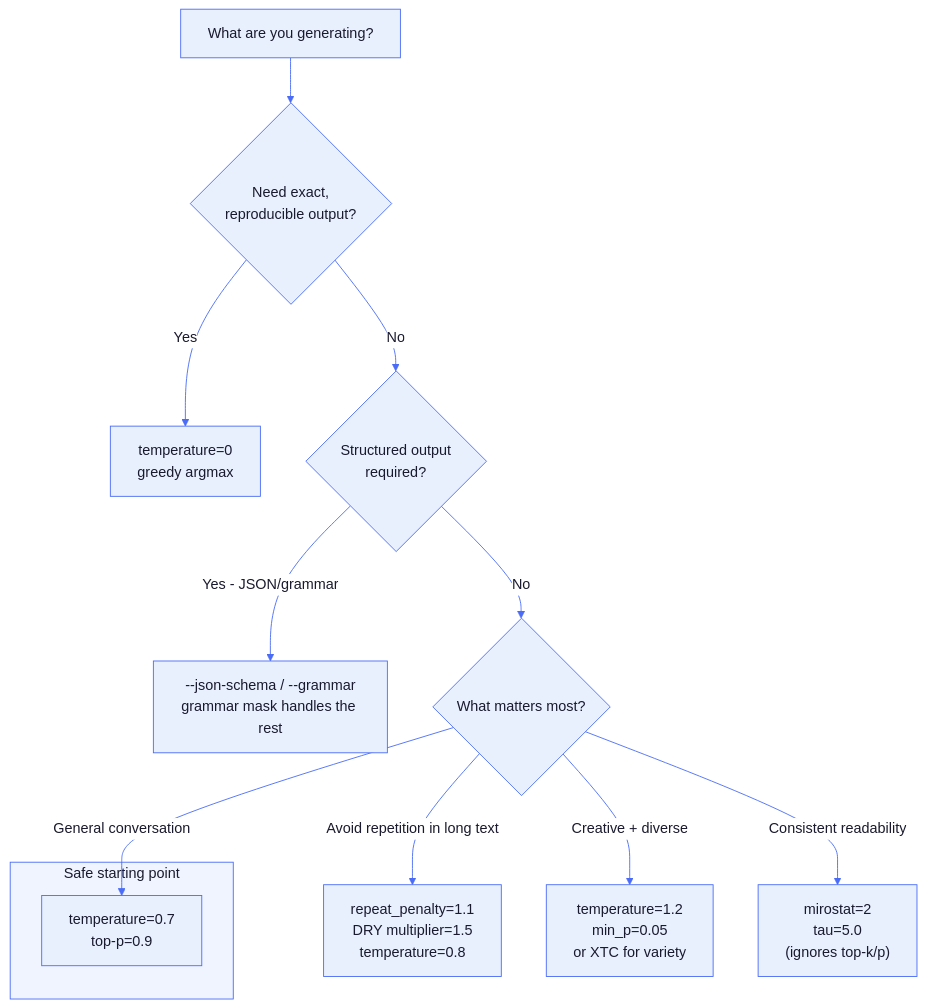
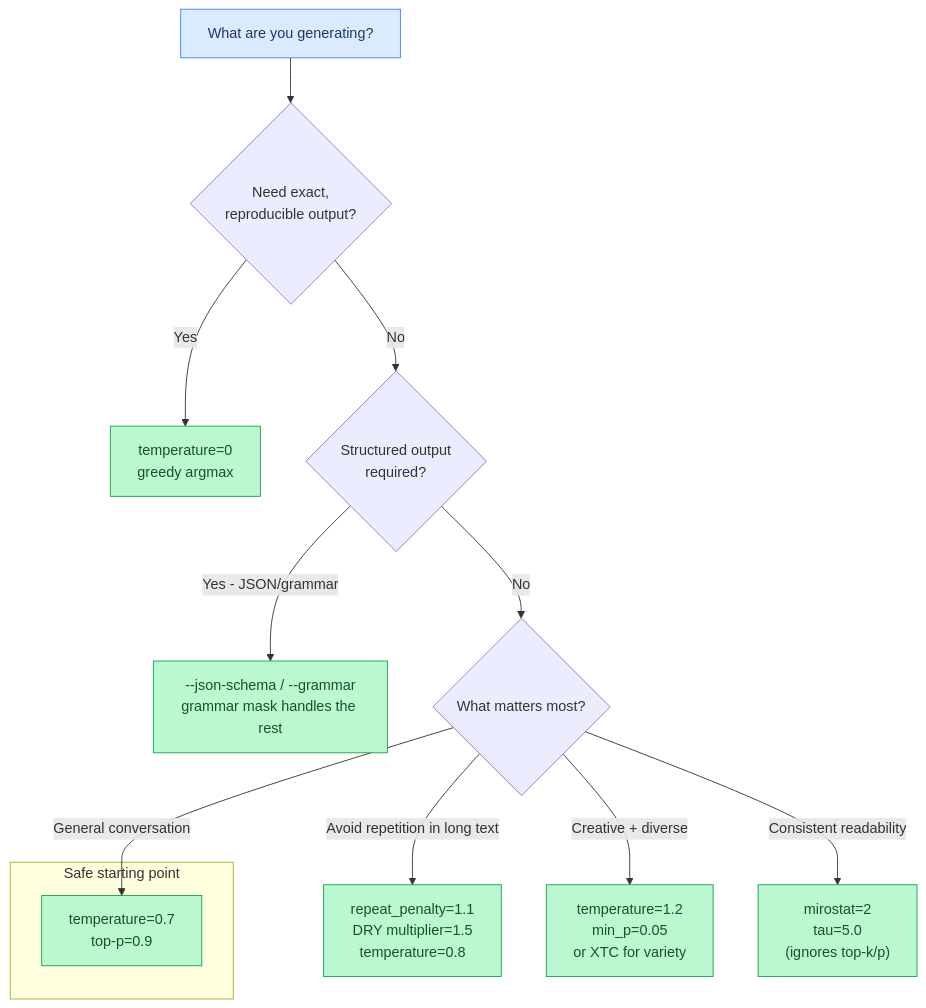
The fifth of 6 diagrams in docs/tutorial/07-sampling.md (maci0/agave), drawn with Mermaid before and after one commit. The commit also changed other lines of this file and 24 other files, not shown here.

First line of the commit message:
docs: convert all mermaid diagrams to classDef semantic colors

````diff
--- a/docs/tutorial/07-sampling.md
+++ b/docs/tutorial/07-sampling.md
@@ -352,30 +362,31 @@
 ```mermaid
-%%{init: {'theme': 'base', 'themeVariables': {
-  'primaryColor': '#e8f0fe',
-  'primaryTextColor': '#1a1a2e',
-  'primaryBorderColor': '#4a6cf7',
-  'lineColor': '#4a6cf7',
-  'secondaryColor': '#f0f4ff',
-  'tertiaryColor': '#f8f9ff',
-  'edgeLabelBackground': '#ffffff',
-  'clusterBkg': '#f0f4ff',
-  'clusterBorder': '#4a6cf7',
-  'titleColor': '#1a1a2e',
-  'nodeTextColor': '#1a1a2e',
-  'fontFamily': 'ui-monospace, SFMono-Regular, monospace'
-}}}%%
 flowchart TD
-    Start["What are you generating?"] --> Q1{"Need exact,\nreproducible output?"}
-    Q1 -->|Yes| Greedy["temperature=0\ngreedy argmax"]
+    classDef setup     fill:#dbeafe,stroke:#3b82f6,color:#1e3a5f
+    classDef sync      fill:#dcfce7,stroke:#22c55e,color:#14532d
+    classDef migration fill:#fef9c3,stroke:#eab308,color:#713f12
+    classDef success   fill:#bbf7d0,stroke:#16a34a,color:#14532d
+    classDef danger    fill:#fee2e2,stroke:#ef4444,color:#7f1d1d
+    classDef optional  fill:#f3e8ff,stroke:#9333ea,color:#581c87
+
+    Start["What are you generating?"]:::setup
+    Greedy["temperature=0\ngreedy argmax"]:::success
+    Grammar["--json-schema / --grammar\ngrammar mask handles the rest"]:::success
+    LongForm["repeat_penalty=1.1\nDRY multiplier=1.5\ntemperature=0.8"]:::success
+    Creative["temperature=1.2\nmin_p=0.05\nor XTC for variety"]:::success
+    Mirostat["mirostat=2\ntau=5.0\n(ignores top-k/p)"]:::success
+    Balanced["temperature=0.7\ntop-p=0.9"]:::success
+
+    Start --> Q1{"Need exact,\nreproducible output?"}
+    Q1 -->|Yes| Greedy
     Q1 -->|No| Q2{"Structured output\nrequired?"}
-    Q2 -->|Yes - JSON/grammar| Grammar["--json-schema / --grammar\ngrammar mask handles the rest"]
+    Q2 -->|Yes - JSON/grammar| Grammar
     Q2 -->|No| Q3{"What matters most?"}
-    Q3 -->|Avoid repetition in long text| LongForm["repeat_penalty=1.1\nDRY multiplier=1.5\ntemperature=0.8"]
-    Q3 -->|Creative + diverse| Creative["temperature=1.2\nmin_p=0.05\nor XTC for variety"]
-    Q3 -->|Consistent readability| Mirostat["mirostat=2\ntau=5.0\n(ignores top-k/p)"]
-    Q3 -->|General conversation| Balanced["temperature=0.7\ntop-p=0.9"]
+    Q3 -->|Avoid repetition in long text| LongForm
+    Q3 -->|Creative + diverse| Creative
+    Q3 -->|Consistent readability| Mirostat
+    Q3 -->|General conversation| Balanced
 
     subgraph Defaults["Safe starting point"]
         Balanced
     end
 ```
````
